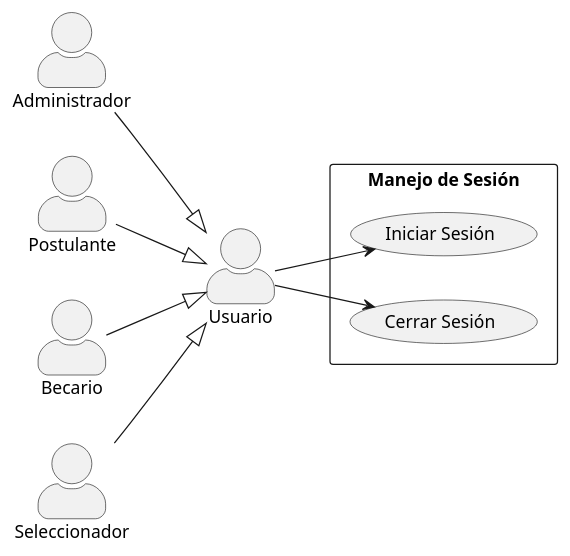
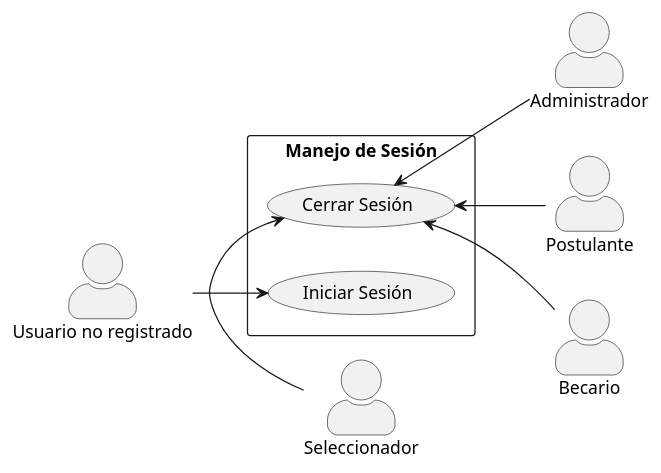
One commit to Dievex/24-25-IdSw1-SDR changed the diagram in casos_de_uso/diagramas_casos_de_uso/manejo_sesion.puml. Above: the diagram before and after it, drawn with PlantUML. The commit also changed 2 other files, not shown here.

Commit message:
docs(actors): add unregistered user to documentation and diagrams

```diff
--- a/casos_de_uso/diagramas_casos_de_uso/manejo_sesion.puml
+++ b/casos_de_uso/diagramas_casos_de_uso/manejo_sesion.puml
@@ -1,25 +1,27 @@
 @startuml
 
 skinparam actorStyle awesome
 left to right direction
-actor "Usuario" as User
+
 actor "Administrador" as Admin
 actor "Postulante" as Postulante
 actor "Becario" as Becario
 actor "Seleccionador" as Seleccionador
+actor "Usuario no registrado" as NoRegistrado
 
 rectangle "Manejo de Sesión" {
   usecase "Iniciar Sesión" as IniciarSesion
   usecase "Cerrar Sesión" as CerrarSesion
 }
 
-Admin --|>  User
-Seleccionador --|>  User
-Postulante --|> User
-Becario --|> User
 
-User --> IniciarSesion
-User --> CerrarSesion
+NoRegistrado --> IniciarSesion
+Admin -u-> CerrarSesion
+Postulante -u-> CerrarSesion
+Becario -u-> CerrarSesion
+Seleccionador -r-> CerrarSesion
+
+
 
 
 @enduml
```
